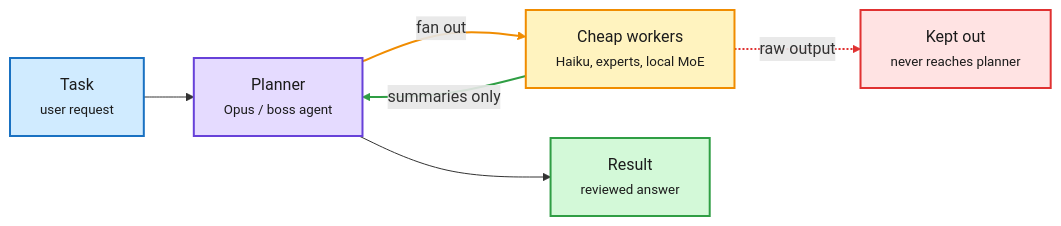
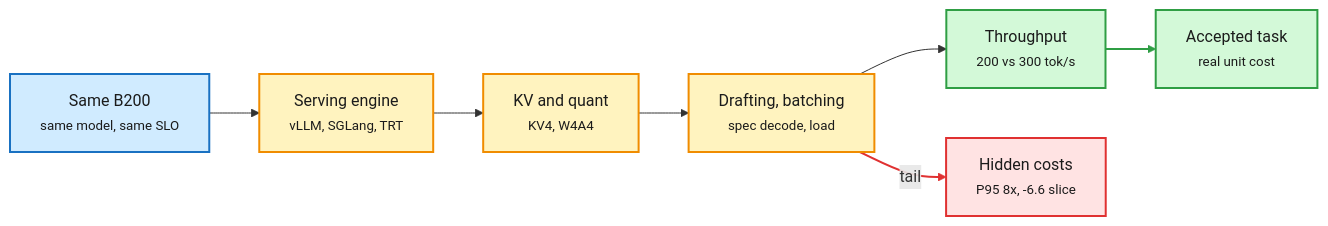
The diagram in wiki/media-zone/2026-10/2026-10-23.md (bayesiansapien/cere-bro), drawn with Mermaid before and after one commit. The commit also changed other lines of this file and 120 other files, not shown here.

````diff
--- a/wiki/media-zone/2026-10/2026-10-23.md
+++ b/wiki/media-zone/2026-10/2026-10-23.md
@@ -44,21 +53,19 @@
 ```mermaid
 flowchart LR
-  T["Task<br/><small>user request</small>"] --> P["Planner<br/><small>Opus / boss agent</small>"]
-  P -->|fan out| W["Cheap workers<br/><small>Haiku, experts, local MoE</small>"]
-  W -->|summaries only| P
-  W -.->|raw output| X["Kept out<br/><small>never reaches planner</small>"]
-  P --> O["Result<br/><small>reviewed answer</small>"]
+  G["Same B200<br/><small>same model, same SLO</small>"] --> E["Serving engine<br/><small>vLLM, SGLang, TRT</small>"]
+  E --> K["KV and quant<br/><small>KV4, W4A4</small>"]
+  K --> D["Drafting, batching<br/><small>spec decode, load</small>"]
+  D --> T["Throughput<br/><small>200 vs 300 tok/s</small>"]
+  D -->|tail| R["Hidden costs<br/><small>P95 8x, -6.6 slice</small>"]
+  T --> A["Accepted task<br/><small>real unit cost</small>"]
   classDef input fill:#d0ebff,stroke:#1971c2,color:#1b1b1b,stroke-width:2px
-  classDef core fill:#e5dbff,stroke:#6741d9,color:#1b1b1b,stroke-width:2px
   classDef loop fill:#fff3bf,stroke:#f08c00,color:#1b1b1b,stroke-width:2px
   classDef exit fill:#d3f9d8,stroke:#2f9e44,color:#1b1b1b,stroke-width:2px
   classDef err fill:#ffe3e3,stroke:#e03131,color:#1b1b1b,stroke-width:2px
-  class T input
-  class P core
-  class W loop
-  class X err
-  class O exit
-  linkStyle 1 stroke:#f08c00,stroke-width:2px
-  linkStyle 2 stroke:#2f9e44,stroke-width:2px
-  linkStyle 3 stroke:#e03131,stroke-width:2px
+  class G input
+  class E,K,D loop
+  class T,A exit
+  class R err
+  linkStyle 4 stroke:#e03131,stroke-width:2px
+  linkStyle 5 stroke:#2f9e44,stroke-width:2px
 ```
````
